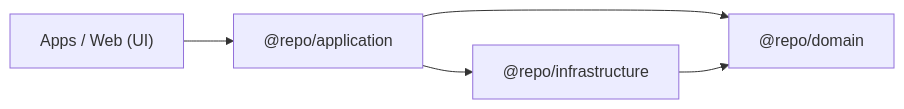
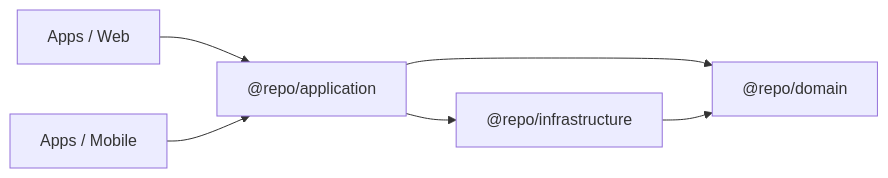
Before and after one commit to LeoVitale/vita-product-boilerplate: the diagram in docs/architecture/overview.en.md, drawn with Mermaid. The commit also changed other lines of this file and 3 other files, not shown here.

First line of the commit message:
docs: add mobile app documentation

````diff
--- a/docs/architecture/overview.en.md
+++ b/docs/architecture/overview.en.md
@@ -30,7 +30,8 @@
 ```mermaid
 graph LR
-  Web["Apps / Web (UI)"] --> App["@repo/application"]
+  Web["Apps / Web"] --> App["@repo/application"]
+  Mobile["Apps / Mobile"] --> App
   App --> Domain["@repo/domain"]
   Infra["@repo/infrastructure"] --> Domain
   App --> Infra
 ```
````
